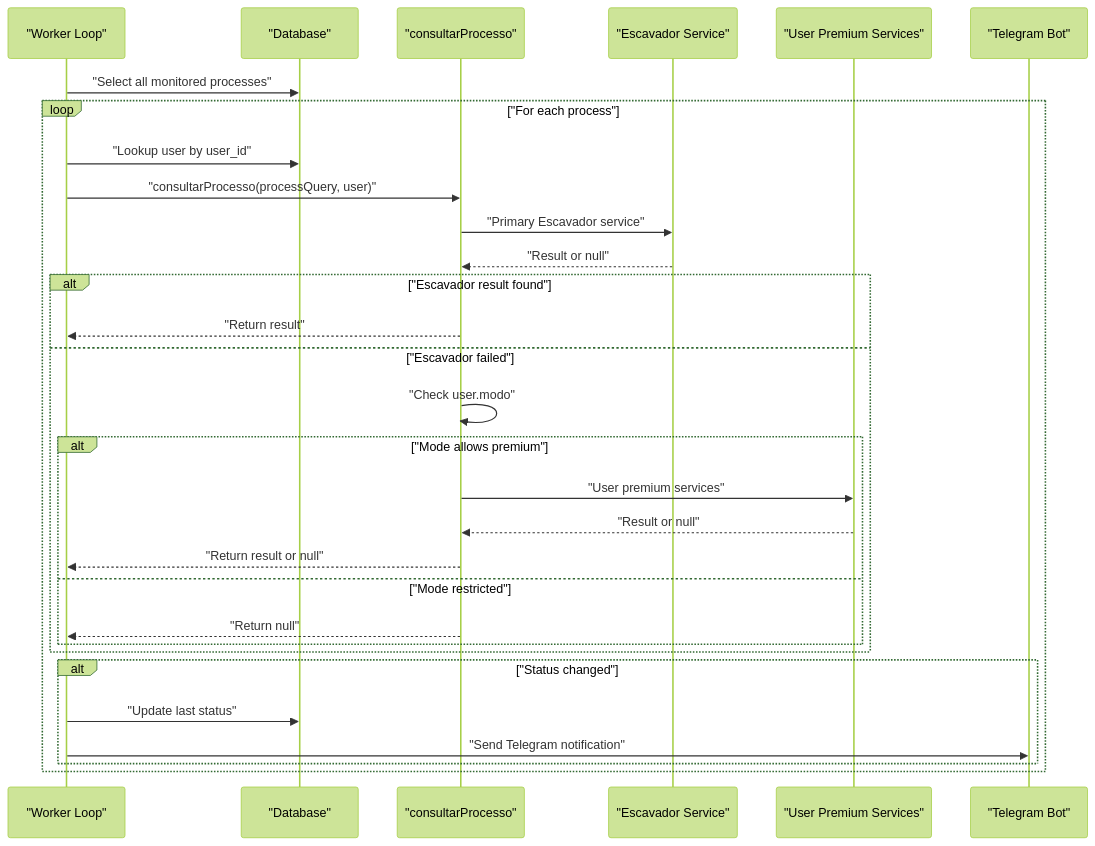
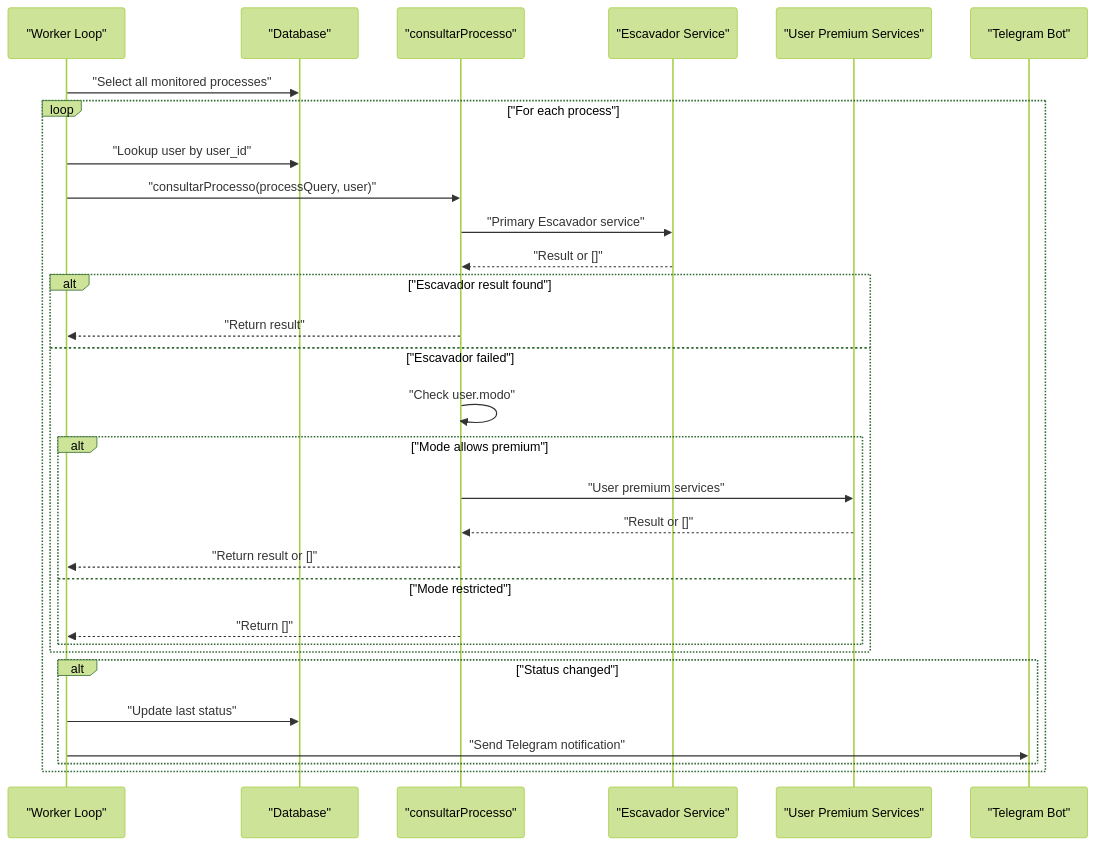
Before and after one commit to Alexandrexicara/bot-processos: the fourth of 5 diagrams in .qoder/repowiki/en/content/API Integration Layer/Tiered Access Strategy.md, drawn with Mermaid (forest theme). The commit also changed other lines of this file and 5 other files, not shown here.

````diff
--- a/.qoder/repowiki/en/content/API Integration Layer/Tiered Access Strategy.md
+++ b/.qoder/repowiki/en/content/API Integration Layer/Tiered Access Strategy.md
@@ -257,32 +261,32 @@
 ```mermaid
 sequenceDiagram
 participant Cron as "Worker Loop"
 participant DB as "Database"
 participant API as "consultarProcesso"
 participant Escavador as "Escavador Service"
 participant UserPremium as "User Premium Services"
 participant Notifier as "Telegram Bot"
 Cron->>DB : "Select all monitored processes"
 loop "For each process"
 Cron->>DB : "Lookup user by user_id"
 Cron->>API : "consultarProcesso(processQuery, user)"
 API->>Escavador : "Primary Escavador service"
-Escavador-->>API : "Result or null"
+Escavador-->>API : "Result or []"
 alt "Escavador result found"
 API-->>Cron : "Return result"
 else "Escavador failed"
 API->>API : "Check user.modo"
 alt "Mode allows premium"
 API->>UserPremium : "User premium services"
-UserPremium-->>API : "Result or null"
-API-->>Cron : "Return result or null"
+UserPremium-->>API : "Result or []"
+API-->>Cron : "Return result or []"
 else "Mode restricted"
-API-->>Cron : "Return null"
+API-->>Cron : "Return []"
 end
 end
 alt "Status changed"
 Cron->>DB : "Update last status"
 Cron->>Notifier : "Send Telegram notification"
 end
 end
 ```
````
